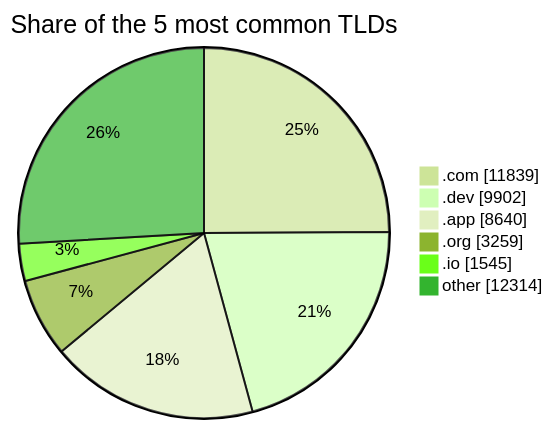
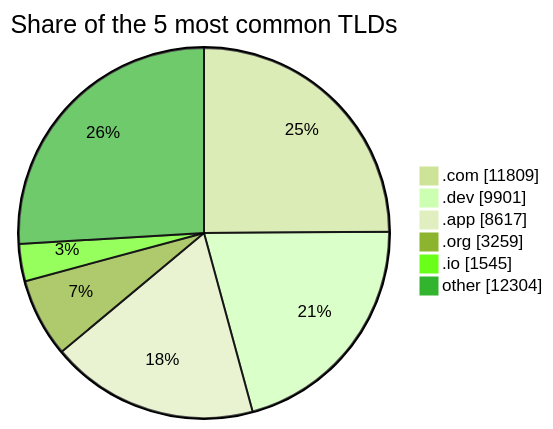
Before and after one commit to DNSBunker/CTI: the third of 3 diagrams in README.md, drawn with Mermaid (forest theme). The commit also changed other lines of this file and 3 other files, not shown here.

````diff
--- a/README.md
+++ b/README.md
@@ -81,9 +81,9 @@
 ```mermaid
 pie showData title Share of the 5 most common TLDs
-    ".com" : 11839
-    ".dev" : 9902
-    ".app" : 8640
+    ".com" : 11809
+    ".dev" : 9901
+    ".app" : 8617
     ".org" : 3259
     ".io" : 1545
-    "other" : 12314
+    "other" : 12304
 ```
````
